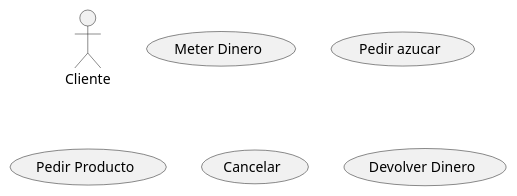
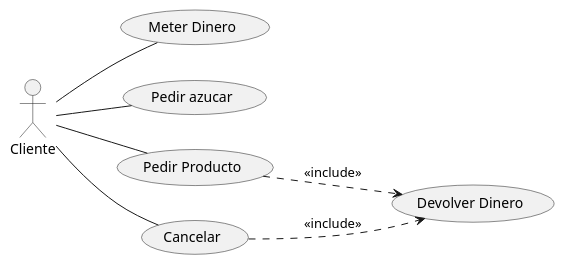
Before and after one commit to RikaMzHyde/PracticaClasesUsoPlantUml: the diagram in src/uml1.puml, drawn with PlantUML.

Commit message:
Recreamos el ejemplo de "La máquina de café"

```diff
--- a/src/uml1.puml
+++ b/src/uml1.puml
@@ -1,10 +1,10 @@
 @startuml
-:Cliente:
 
-(Meter Dinero)
-(Pedir azucar)
-(Pedir Producto)
-(Cancelar)
-(Devolver Dinero)
-
+left to right direction
+:Cliente: -- (Meter Dinero)
+:Cliente: -- (Pedir azucar)
+:Cliente: -- (Pedir Producto)
+:Cliente: -- (Cancelar)
+(Pedir Producto) ..> (Devolver Dinero) : <<include>>
+(Cancelar) ..> (Devolver Dinero) : <<include>>
 @enduml
```
